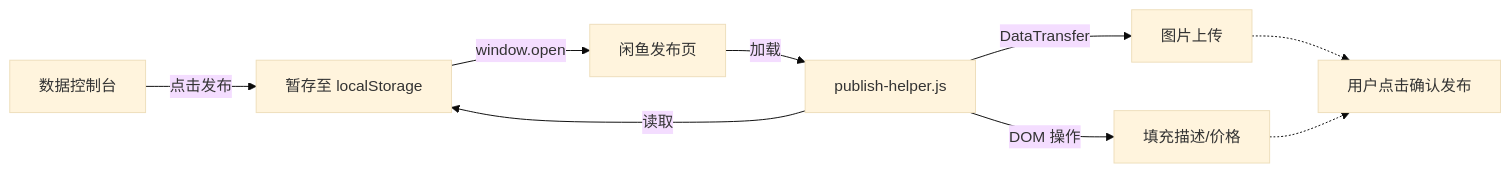
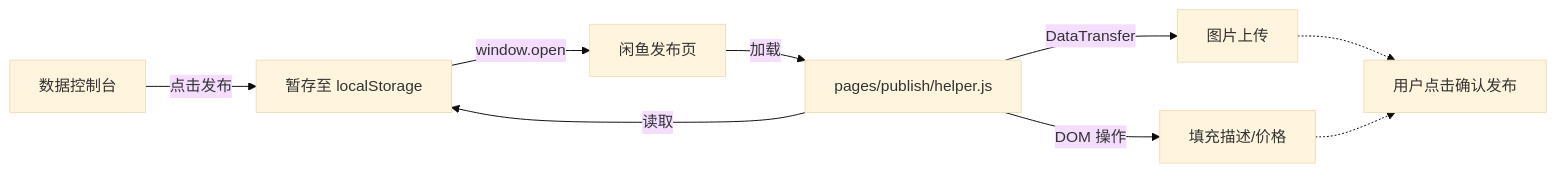
Before and after one commit to a1667834841/FishOps: the second of 2 diagrams in README.md, drawn with Mermaid (base theme). The commit also changed other lines of this file and 53 other files, not shown here.

````diff
--- a/README.md
+++ b/README.md
@@ -49,11 +87,11 @@
 ```mermaid
 graph LR
     A[数据控制台] -->|点击发布| B[暂存至 localStorage]
     B -->|window.open| C[闲鱼发布页]
-    C -->|加载| D[publish-helper.js]
+    C -->|加载| D[pages/publish/helper.js]
     D -->|读取| B
     D -->|DataTransfer| E[图片上传]
     D -->|DOM 操作| F[填充描述/价格]
     E -.-> G[用户点击确认发布]
     F -.-> G
 ```
````
